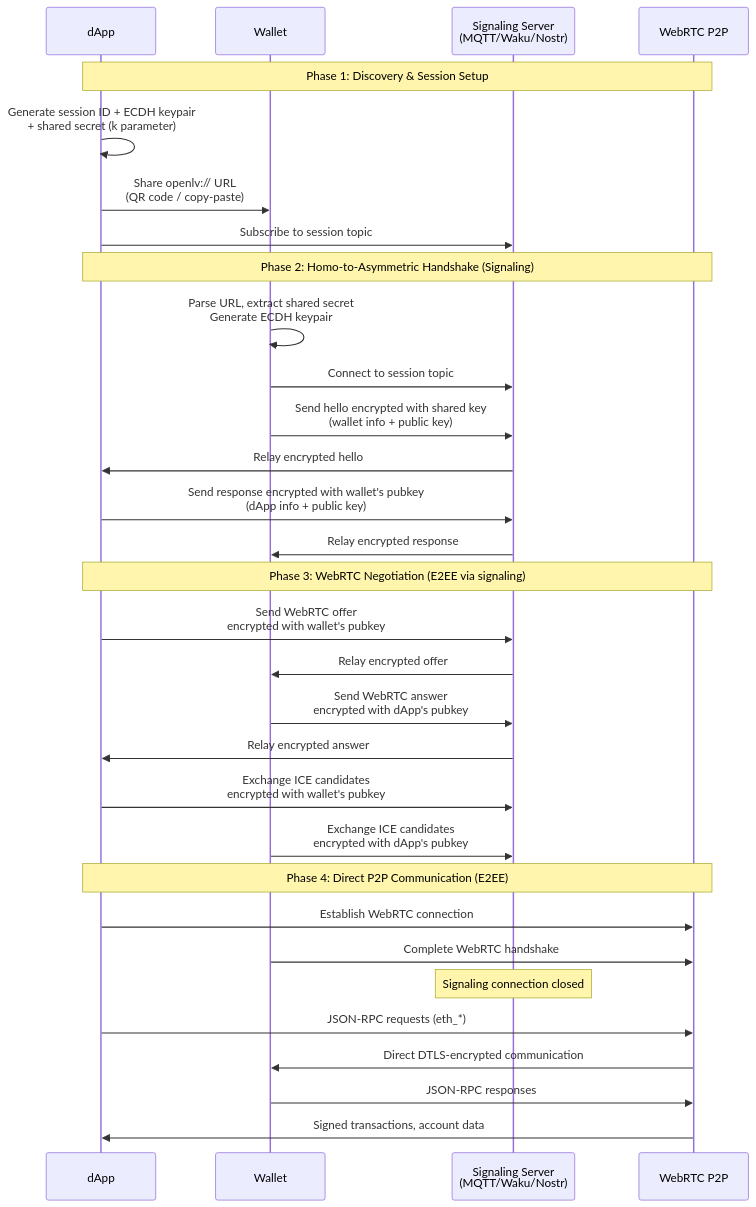
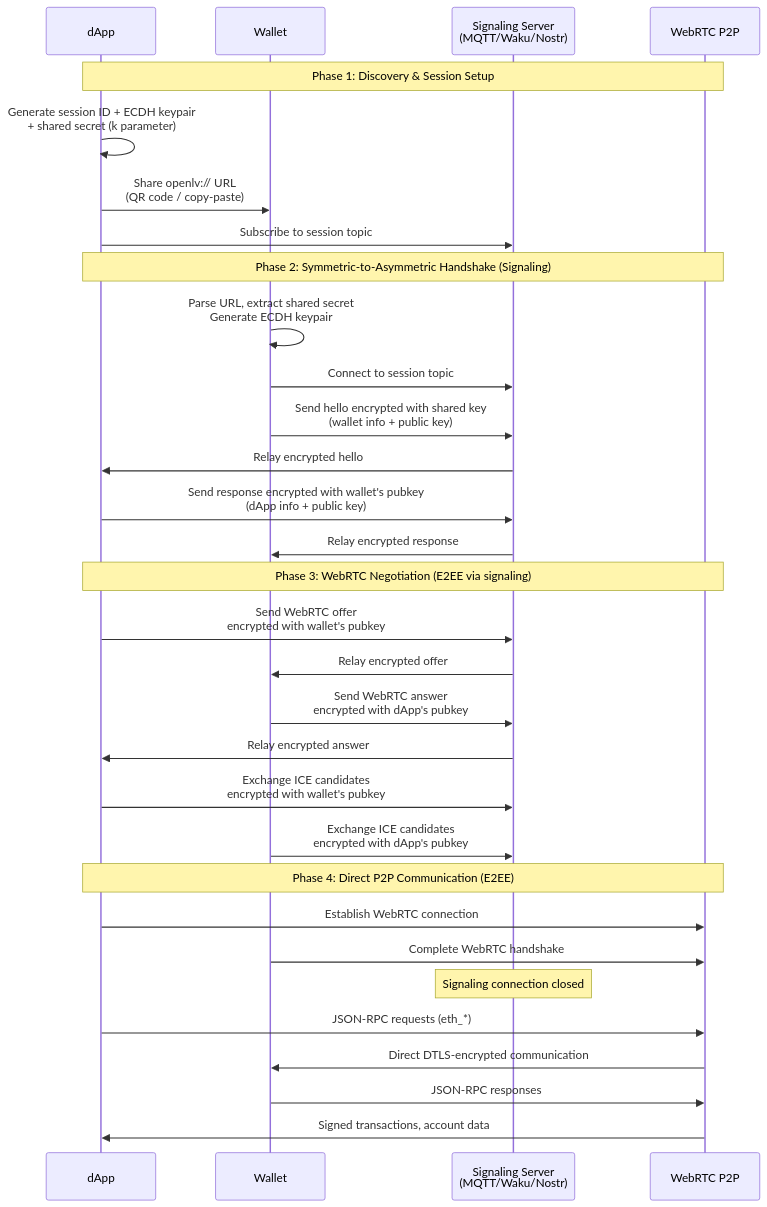
The diagram in spec.md (v3xlabs/open-lavatory), drawn with Mermaid before and after one commit. The commit also changed other lines of this file and 1 other file, not shown here.

````diff
--- a/spec.md
+++ b/spec.md
@@ -87,37 +87,37 @@
 ```mermaid
 sequenceDiagram
     participant D as dApp
     participant W as Wallet
     participant S as Signaling Server<br/>(MQTT/Waku/Nostr)
     participant P as WebRTC P2P
 
     Note over D, P: Phase 1: Discovery & Session Setup
     D->>D: Generate session ID + ECDH keypair<br/>+ shared secret (k parameter)
     D->>W: Share openlv:// URL<br/>(QR code / copy-paste)
     D->>S: Subscribe to session topic
     
-    Note over D, P: Phase 2: Homo-to-Asymmetric Handshake (Signaling)
+    Note over D, P: Phase 2: Symmetric-to-Asymmetric Handshake (Signaling)
     W->>W: Parse URL, extract shared secret<br/>Generate ECDH keypair
     W->>S: Connect to session topic
     W->>S: Send hello encrypted with shared key<br/>(wallet info + public key)
     S->>D: Relay encrypted hello
     D->>S: Send response encrypted with wallet's pubkey<br/>(dApp info + public key)
     S->>W: Relay encrypted response
     
     Note over D, P: Phase 3: WebRTC Negotiation (E2EE via signaling)
     D->>S: Send WebRTC offer<br/>encrypted with wallet's pubkey
     S->>W: Relay encrypted offer
     W->>S: Send WebRTC answer<br/>encrypted with dApp's pubkey
     S->>D: Relay encrypted answer
     D->>S: Exchange ICE candidates<br/>encrypted with wallet's pubkey
     W->>S: Exchange ICE candidates<br/>encrypted with dApp's pubkey
     
     Note over D, P: Phase 4: Direct P2P Communication (E2EE)
     D->>P: Establish WebRTC connection
     W->>P: Complete WebRTC handshake
     Note over S: Signaling connection closed
     D->>P: JSON-RPC requests (eth_*)
     P->>W: Direct DTLS-encrypted communication
     W->>P: JSON-RPC responses
     P->>D: Signed transactions, account data
 ```
````
